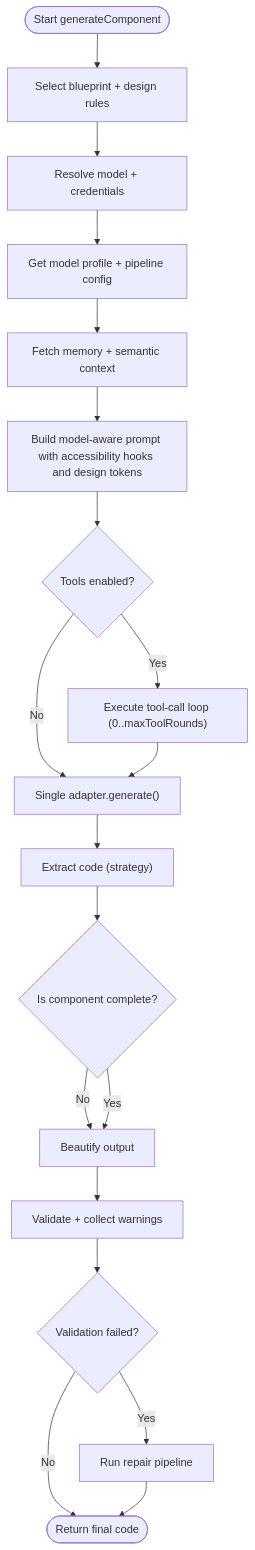
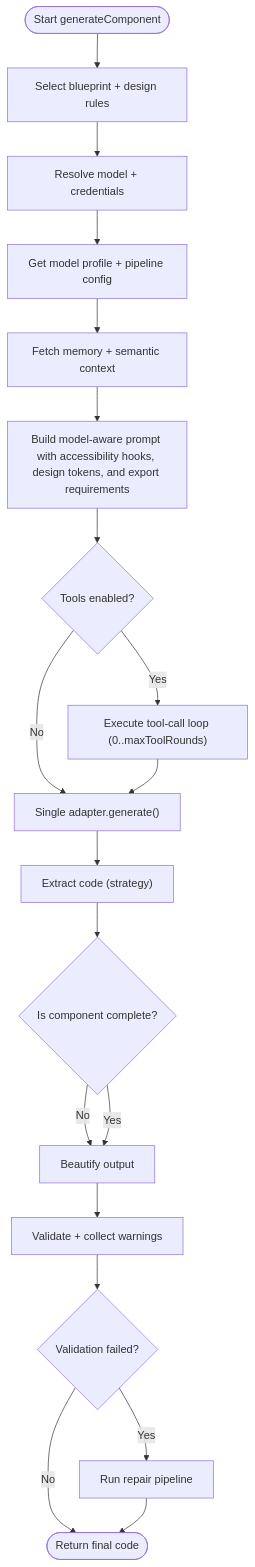
One commit to shekhargiri005-dotcom/AI-powered-accessibility-first-UI-engine changed the fifth of 11 diagrams in .qoder/repowiki/en/content/AI Generation Engine/AI Generation Engine.md. Above: the diagram before and after it, drawn with Mermaid. The commit also changed other lines of this file and 6 other files, not shown here.

````diff
--- a/.qoder/repowiki/en/content/AI Generation Engine/AI Generation Engine.md
+++ b/.qoder/repowiki/en/content/AI Generation Engine/AI Generation Engine.md
@@ -307,21 +309,21 @@
 ```mermaid
 flowchart TD
 Start(["Start generateComponent"]) --> Blueprint["Select blueprint + design rules"]
 Blueprint --> ResolveCfg["Resolve model + credentials"]
 ResolveCfg --> Profiles["Get model profile + pipeline config"]
 Profiles --> Memory["Fetch memory + semantic context"]
-Memory --> Prompt["Build model-aware prompt with accessibility hooks and design tokens"]
+Memory --> Prompt["Build model-aware prompt with accessibility hooks, design tokens, and export requirements"]
 Prompt --> Tools{"Tools enabled?"}
 Tools -- Yes --> ToolLoop["Execute tool-call loop (0..maxToolRounds)"]
 Tools -- No --> Generate["Single adapter.generate()"]
 ToolLoop --> Generate
 Generate --> Extract["Extract code (strategy)"]
 Extract --> Complete{"Is component complete?"}
 Complete -- No --> Beautify["Beautify output"]
 Complete -- Yes --> Beautify
 Beautify --> Validate["Validate + collect warnings"]
 Validate --> Repair{"Validation failed?"}
 Repair -- Yes --> RunRepair["Run repair pipeline"]
 Repair -- No --> Done(["Return final code"])
 RunRepair --> Done
 ```
````
